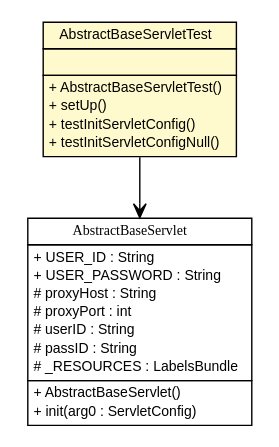
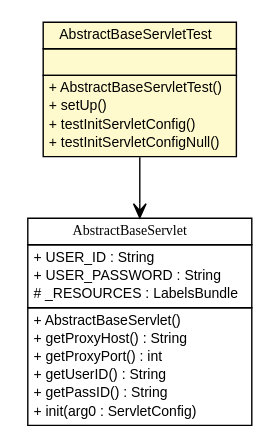
The diagram in testapidocs/nl/mineleni/cbsviewer/servlet/AbstractBaseServletTest.dot (MinELenI/CBSviewer), drawn with Graphviz before and after one commit. The commit also changed 494 other files, not shown here.

```diff
--- a/testapidocs/nl/mineleni/cbsviewer/servlet/AbstractBaseServletTest.dot
+++ b/testapidocs/nl/mineleni/cbsviewer/servlet/AbstractBaseServletTest.dot
@@ -1,48 +1,48 @@
 #!/usr/local/bin/dot
 #
 # Class diagram 
 # Generated by UMLGraph version R5_6 (http://www.umlgraph.org/)
 #
 
 digraph G {
 	edge [fontname="arial",fontsize=10,labelfontname="arial",labelfontsize=10];
 	node [fontname="arial",fontsize=10,shape=plaintext];
 	nodesep=0.25;
 	ranksep=0.5;
 	// nl.mineleni.cbsviewer.servlet.AbstractBaseServletTest
-	c134 [label=<<table title="nl.mineleni.cbsviewer.servlet.AbstractBaseServletTest" border="0" cellborder="1" cellspacing="0" cellpadding="2" port="p" bgcolor="lemonChiffon" href="./AbstractBaseServletTest.html">
+	c142 [label=<<table title="nl.mineleni.cbsviewer.servlet.AbstractBaseServletTest" border="0" cellborder="1" cellspacing="0" cellpadding="2" port="p" bgcolor="lemonChiffon" href="./AbstractBaseServletTest.html">
 		<tr><td><table border="0" cellspacing="0" cellpadding="1">
 <tr><td align="center" balign="center"> AbstractBaseServletTest </td></tr>
 		</table></td></tr>
 		<tr><td><table border="0" cellspacing="0" cellpadding="1">
 <tr><td align="left" balign="left">  </td></tr>
 		</table></td></tr>
 		<tr><td><table border="0" cellspacing="0" cellpadding="1">
 <tr><td align="left" balign="left"> + AbstractBaseServletTest() </td></tr>
 <tr><td align="left" balign="left"> + setUp() </td></tr>
 <tr><td align="left" balign="left"> + testInitServletConfig() </td></tr>
 <tr><td align="left" balign="left"> + testInitServletConfigNull() </td></tr>
 		</table></td></tr>
 		</table>>, URL="./AbstractBaseServletTest.html", fontname="arial", fontcolor="black", fontsize=10.0];
 	// nl.mineleni.cbsviewer.servlet.AbstractBaseServletTest NAVASSOC nl.mineleni.cbsviewer.servlet.AbstractBaseServlet
-	c134:p -> c174:p [taillabel="", label="", headlabel="", fontname="arial", fontcolor="black", fontsize=10.0, color="black", arrowhead=open];
+	c142:p -> c185:p [taillabel="", label="", headlabel="", fontname="arial", fontcolor="black", fontsize=10.0, color="black", arrowhead=open];
 	// nl.mineleni.cbsviewer.servlet.AbstractBaseServlet
-	c174 [label=<<table title="nl.mineleni.cbsviewer.servlet.AbstractBaseServlet" border="0" cellborder="1" cellspacing="0" cellpadding="2" port="p">
+	c185 [label=<<table title="nl.mineleni.cbsviewer.servlet.AbstractBaseServlet" border="0" cellborder="1" cellspacing="0" cellpadding="2" port="p">
 		<tr><td><table border="0" cellspacing="0" cellpadding="1">
 <tr><td align="center" balign="center"><font face="arial italic"> AbstractBaseServlet </font></td></tr>
 		</table></td></tr>
 		<tr><td><table border="0" cellspacing="0" cellpadding="1">
 <tr><td align="left" balign="left"> + USER_ID : String </td></tr>
 <tr><td align="left" balign="left"> + USER_PASSWORD : String </td></tr>
-<tr><td align="left" balign="left"> # proxyHost : String </td></tr>
-<tr><td align="left" balign="left"> # proxyPort : int </td></tr>
-<tr><td align="left" balign="left"> # userID : String </td></tr>
-<tr><td align="left" balign="left"> # passID : String </td></tr>
 <tr><td align="left" balign="left"> # _RESOURCES : LabelsBundle </td></tr>
 		</table></td></tr>
 		<tr><td><table border="0" cellspacing="0" cellpadding="1">
 <tr><td align="left" balign="left"> + AbstractBaseServlet() </td></tr>
+<tr><td align="left" balign="left"> + getProxyHost() : String </td></tr>
+<tr><td align="left" balign="left"> + getProxyPort() : int </td></tr>
+<tr><td align="left" balign="left"> + getUserID() : String </td></tr>
+<tr><td align="left" balign="left"> + getPassID() : String </td></tr>
 <tr><td align="left" balign="left"> + init(arg0 : ServletConfig) </td></tr>
 		</table></td></tr>
 		</table>>, URL="null", fontname="arial", fontcolor="black", fontsize=10.0];
 }
```
